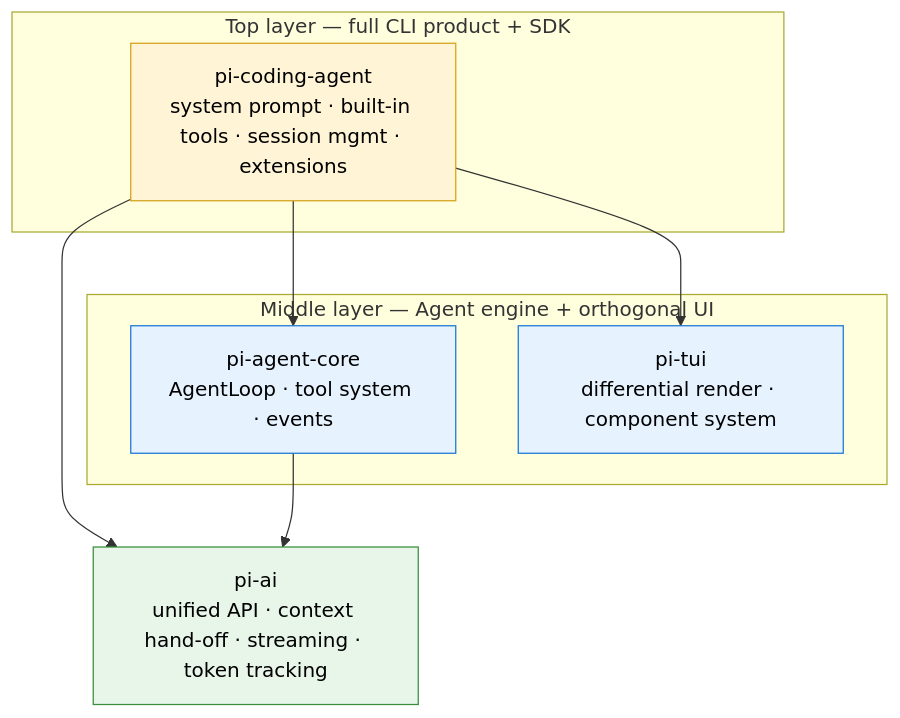
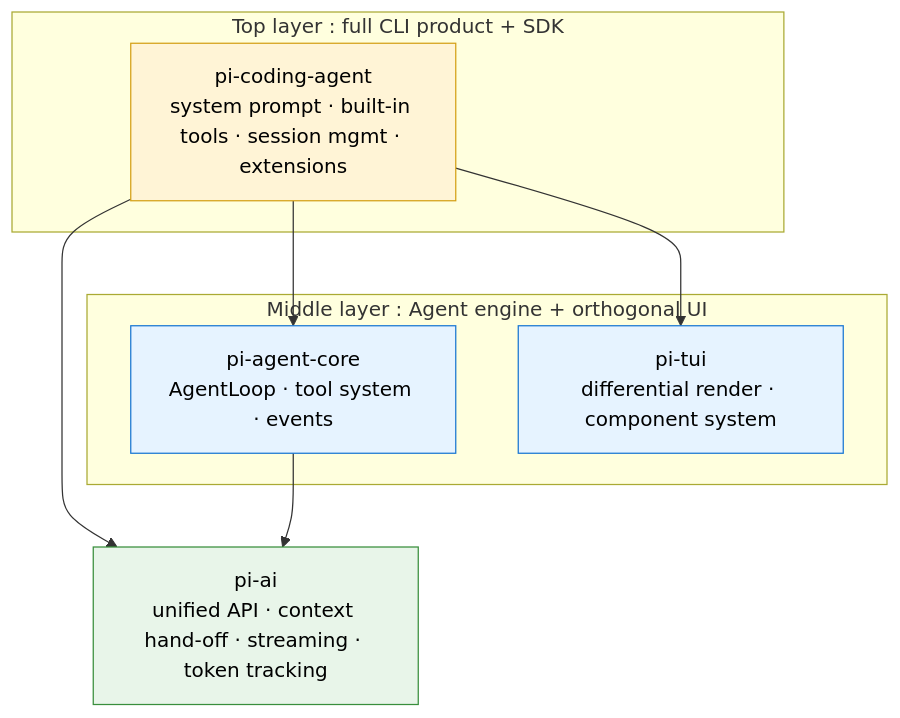
One commit to pifydev/docs changed the diagram in en/src/ch01-overview.md. Above: the diagram before and after it, drawn with Mermaid. The commit also changed other lines of this file and 28 other files, not shown here.

````diff
--- a/en/src/ch01-overview.md
+++ b/en/src/ch01-overview.md
@@ -117,22 +117,22 @@
 ```mermaid
 %% Pi-Agent four-package architecture
 graph TB
-    subgraph TOP["Top layer — full CLI product + SDK"]
+    subgraph TOP["Top layer : full CLI product + SDK"]
         PCA["pi-coding-agent<br/>system prompt · built-in tools · session mgmt · extensions"]
     end
-    subgraph MID["Middle layer — Agent engine + orthogonal UI"]
+    subgraph MID["Middle layer : Agent engine + orthogonal UI"]
         PAC["pi-agent-core<br/>AgentLoop · tool system · events"]
         TUI["pi-tui<br/>differential render · component system"]
     end
     BOT["pi-ai<br/>unified API · context hand-off · streaming · token tracking"]
     PCA --> PAC
     PCA --> BOT
     PCA --> TUI
     PAC --> BOT
     classDef top fill:#fff4d6,stroke:#d4a017,color:#000
     classDef mid fill:#e6f3ff,stroke:#1976d2,color:#000
     classDef bot fill:#e8f5e9,stroke:#388e3c,color:#000
     class PCA top
     class PAC,TUI mid
     class BOT bot
 ```
````
